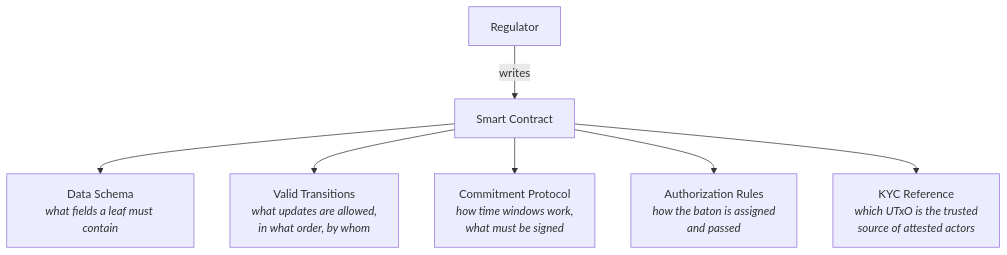
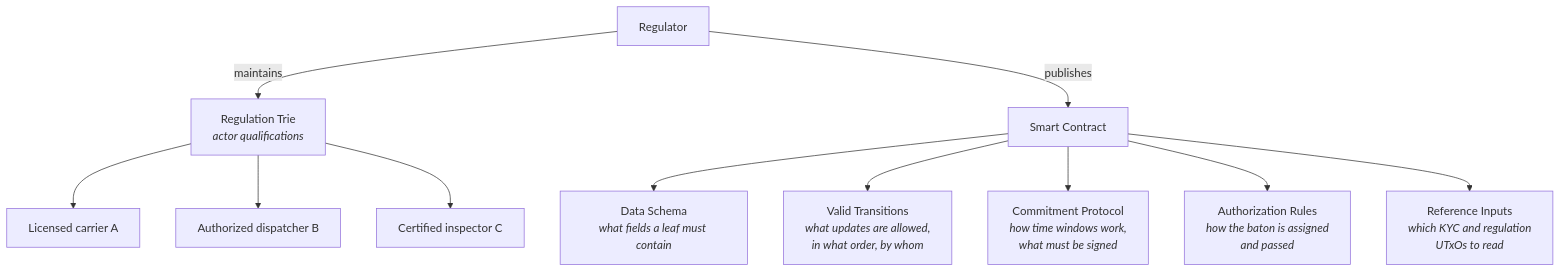
Before and after one commit to lambdasistemi/cardano-for-regulators: the sixth of 19 diagrams in docs/framework/schema.md, drawn with Mermaid. The commit also changed other lines of this file and 1 other file, not shown here.

Commit message:
add regulation trie, on-chain/off-chain verification split, institutional responsibility

````diff
--- a/docs/framework/schema.md
+++ b/docs/framework/schema.md
@@ -131,10 +238,16 @@
 ```mermaid
 graph TD
-    REG[Regulator] -->|writes| SC[Smart Contract]
+    REG[Regulator]
 
+    REG -->|maintains| RT[Regulation Trie<br/><i>actor qualifications</i>]
+    RT --> Q1[Licensed carrier A]
+    RT --> Q2[Authorized dispatcher B]
+    RT --> Q3[Certified inspector C]
+
+    REG -->|publishes| SC[Smart Contract]
     SC --> DS[Data Schema<br/><i>what fields a leaf must contain</i>]
     SC --> VT[Valid Transitions<br/><i>what updates are allowed,<br/>in what order, by whom</i>]
     SC --> CP[Commitment Protocol<br/><i>how time windows work,<br/>what must be signed</i>]
     SC --> AR[Authorization Rules<br/><i>how the baton is assigned<br/>and passed</i>]
-    SC --> KR[KYC Reference<br/><i>which UTxO is the trusted<br/>source of attested actors</i>]
+    SC --> REF[Reference Inputs<br/><i>which KYC and regulation<br/>UTxOs to read</i>]
 ```
````
